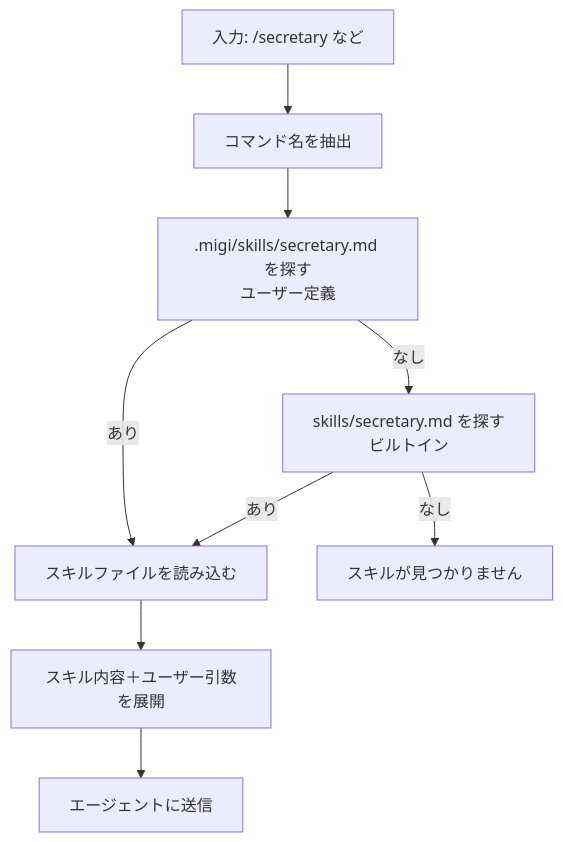
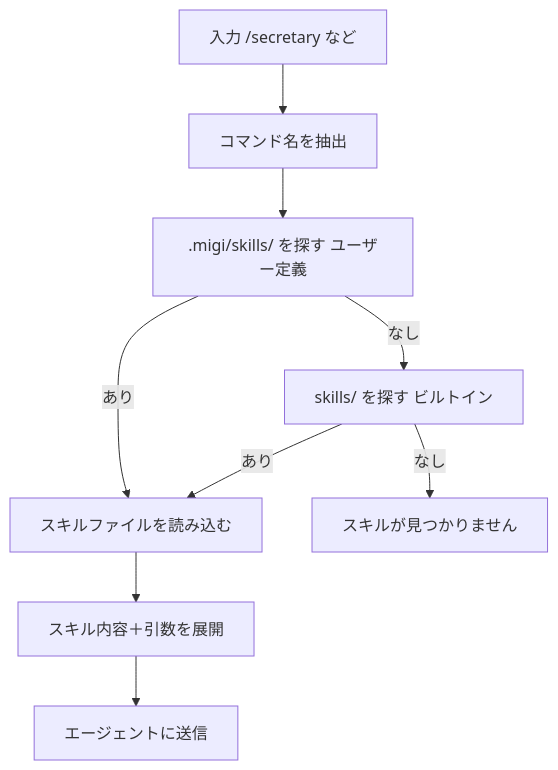
Before and after one commit to kazuhiro-yourself/migi: the fifth of 5 diagrams in README.md, drawn with Mermaid. The commit also changed other lines of this file, not shown here.

Commit message:
fix: replace flowchart with graph syntax for GitHub compatibility

````diff
--- a/README.md
+++ b/README.md
@@ -152,11 +143,11 @@
 ```mermaid
-flowchart TD
-  Input["入力: /secretary など"] --> Parse["コマンド名を抽出"]
-  Parse --> Search1[".migi/skills/secretary.md を探す\nユーザー定義"]
-  Search1 -->|あり| Load["スキルファイルを読み込む"]
-  Search1 -->|なし| Search2["skills/secretary.md を探す\nビルトイン"]
+graph TD
+  Input[入力 /secretary など] --> Parse[コマンド名を抽出]
+  Parse --> Search1[.migi/skills/ を探す ユーザー定義]
+  Search1 -->|あり| Load[スキルファイルを読み込む]
+  Search1 -->|なし| Search2[skills/ を探す ビルトイン]
   Search2 -->|あり| Load
-  Search2 -->|なし| NotFound["スキルが見つかりません"]
-  Load --> Expand["スキル内容＋ユーザー引数を展開"]
-  Expand --> Agent["エージェントに送信"]
+  Search2 -->|なし| NotFound[スキルが見つかりません]
+  Load --> Expand[スキル内容＋引数を展開]
+  Expand --> Agent[エージェントに送信]
 ```
````
